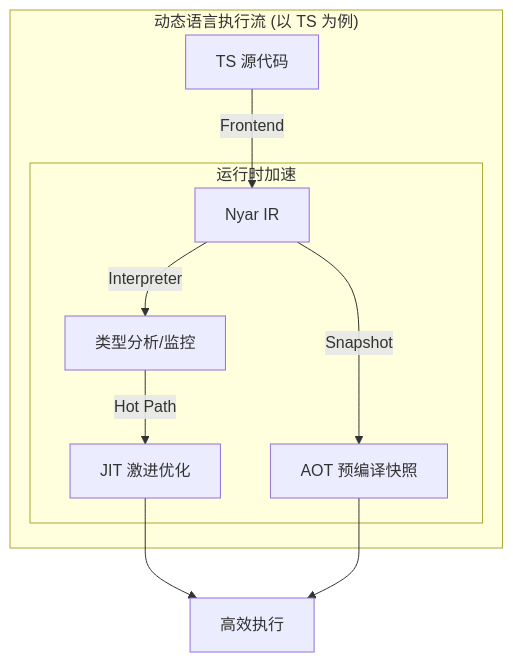
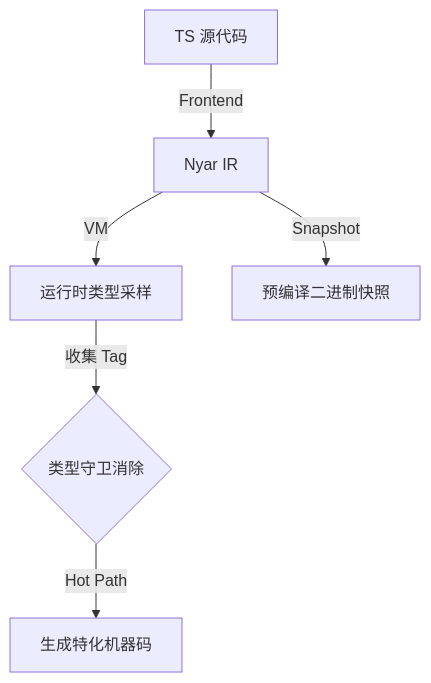
One commit to nyar-vm/nyar-vm changed the third of 6 diagrams in readme.md. Above: the diagram before and after it, drawn with Mermaid. The commit also changed other lines of this file, not shown here.

````diff
--- a/readme.md
+++ b/readme.md
@@ -69,15 +71,8 @@
 ```mermaid
 graph TD
-    subgraph Dynamic_Flow ["动态语言执行流 (以 TS 为例)"]
-        TS_Src[TS 源代码] -->|Frontend| Nyar_IR[Nyar IR]
-        
-        subgraph Runtime ["运行时加速"]
-            Nyar_IR -->|Interpreter| Profile[类型分析/监控]
-            Profile -->|Hot Path| JIT[JIT 激进优化]
-            Nyar_IR -->|Snapshot| AOT_Snap[AOT 预编译快照]
-        end
-    end
-
-    JIT --> Exec[高效执行]
-    AOT_Snap --> Exec
+    TS_Src[TS 源代码] -->|Frontend| IR[Nyar IR]
+    IR -->|VM| Profile[运行时类型采样]
+    Profile -->|收集 Tag| Guard{类型守卫消除}
+    Guard -->|Hot Path| JIT[生成特化机器码]
+    IR -->|Snapshot| AOT_Snap[预编译二进制快照]
 ```
````
